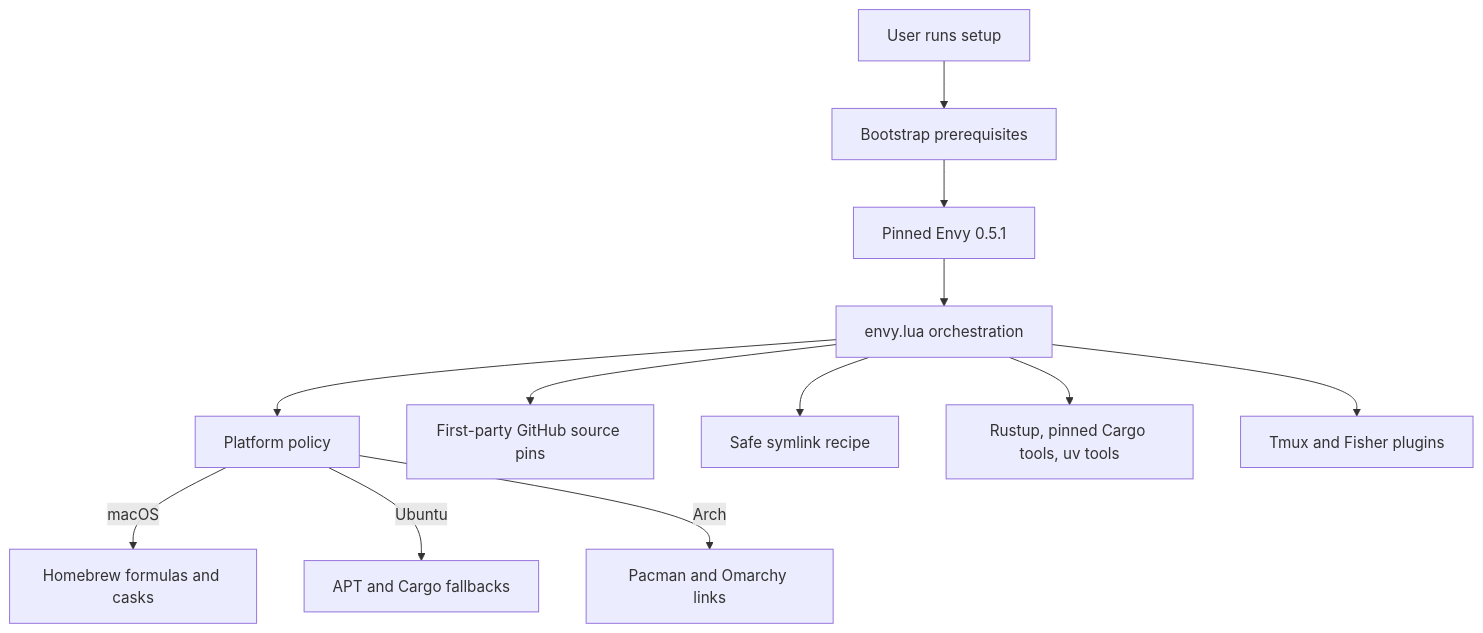
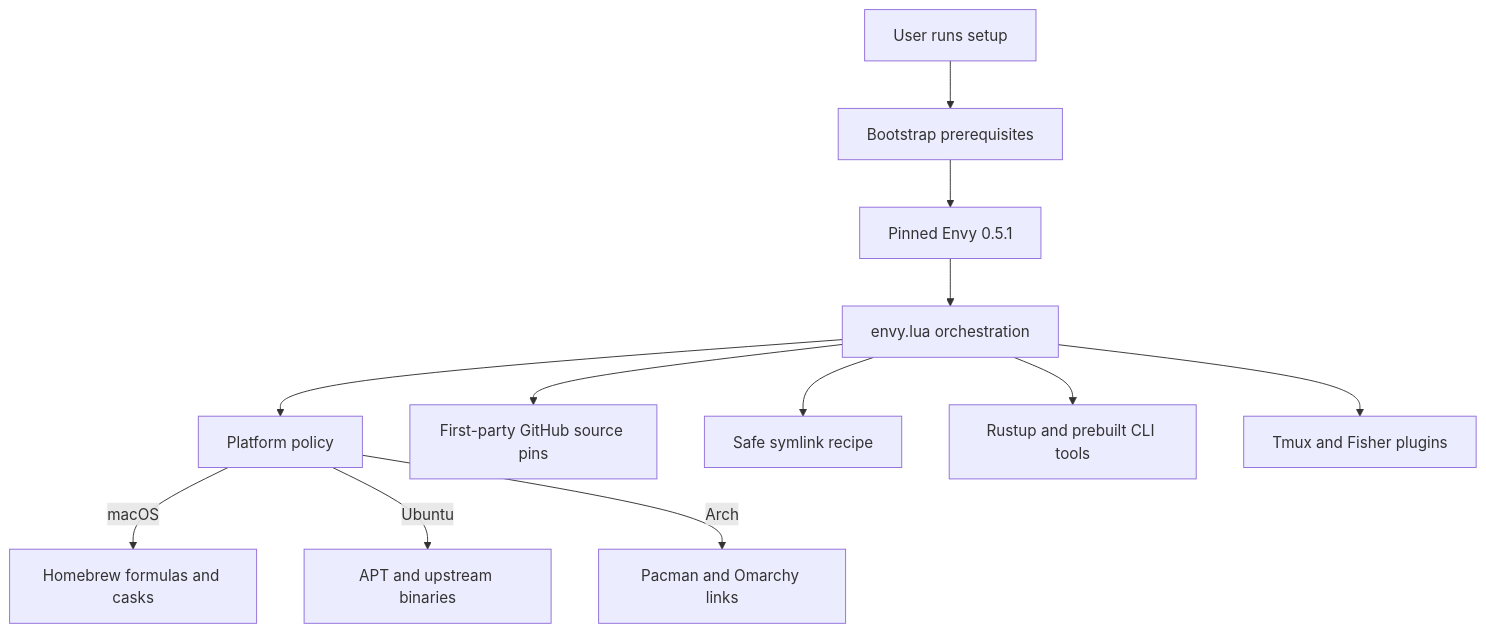
The first of 2 diagrams in docs/envy-cross-platform.md (hantianjz/dotfiles), drawn with Mermaid before and after one commit. The commit also changed other lines of this file and 20 other files, not shown here.

````diff
--- a/docs/envy-cross-platform.md
+++ b/docs/envy-cross-platform.md
@@ -36,14 +36,14 @@
 ```mermaid
 flowchart TB
     User[User runs setup] --> Bootstrap[Bootstrap prerequisites]
     Bootstrap --> Envy[Pinned Envy 0.5.1]
     Envy --> Manifest[envy.lua orchestration]
     Manifest --> Policy[Platform policy]
     Manifest --> GitHub[First-party GitHub source pins]
     Policy -->|macOS| Brew[Homebrew formulas and casks]
-    Policy -->|Ubuntu| Apt[APT and Cargo fallbacks]
+    Policy -->|Ubuntu| Apt[APT and upstream binaries]
     Policy -->|Arch| Pacman[Pacman and Omarchy links]
     Manifest --> Links[Safe symlink recipe]
-    Manifest --> Tools[Rustup, pinned Cargo tools, uv tools]
+    Manifest --> Tools[Rustup and prebuilt CLI tools]
     Manifest --> Plugins[Tmux and Fisher plugins]
 ```
````
